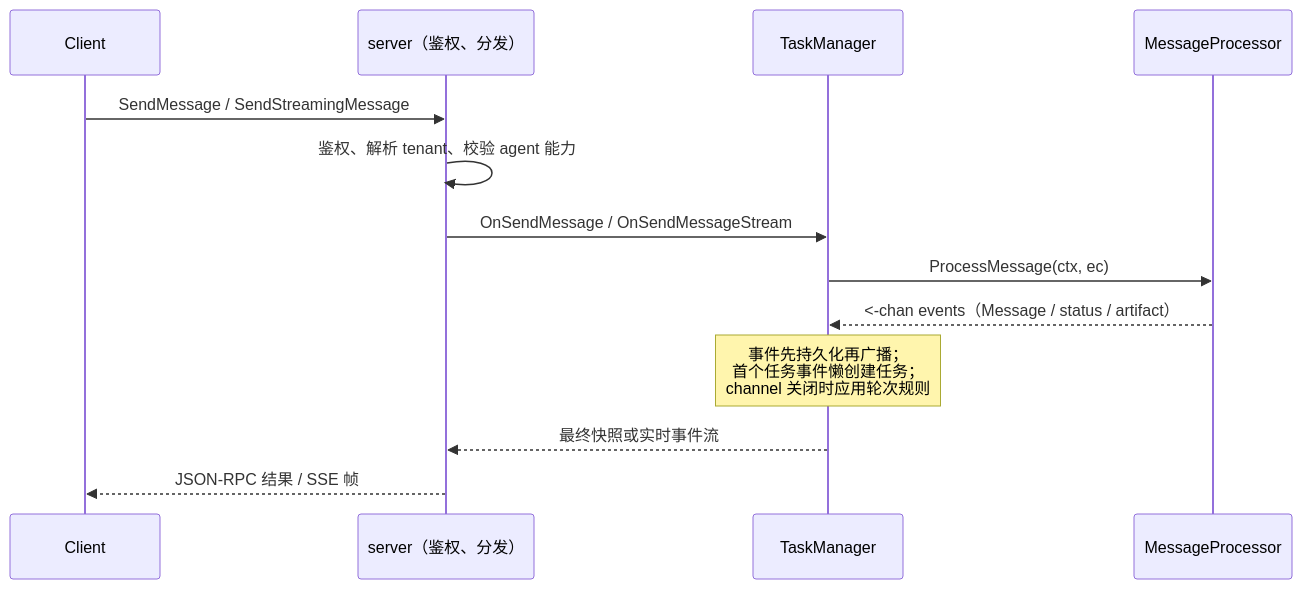
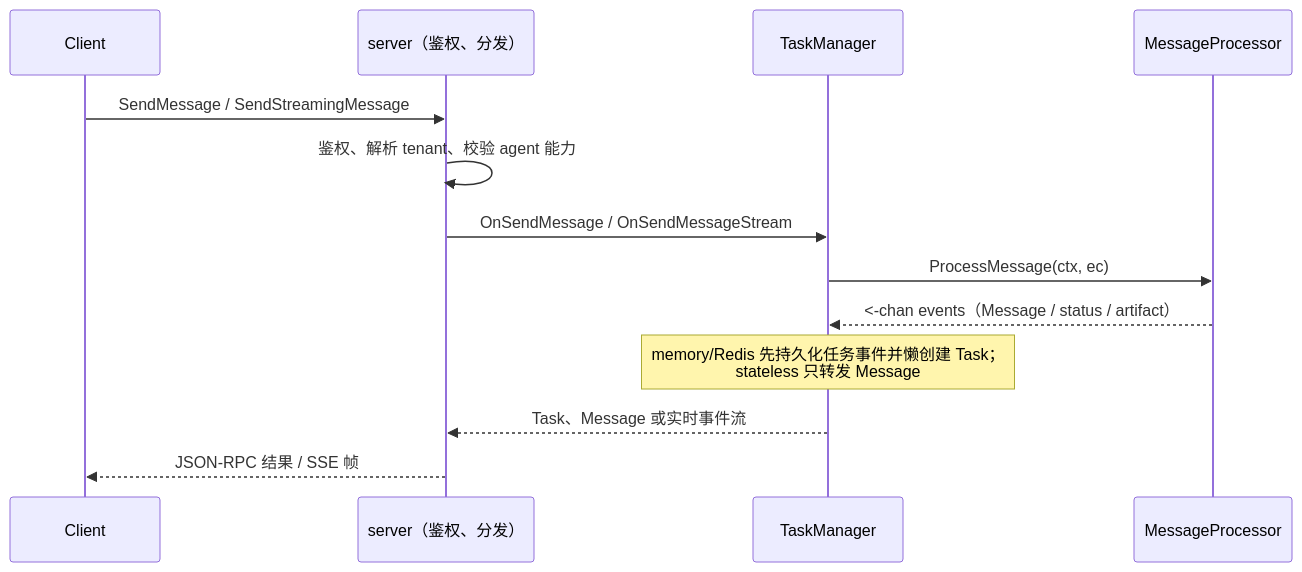
Before and after one commit to trpc-group/trpc-a2a-go: the second of 2 diagrams in docs/mkdocs/zh/overview.md, drawn with Mermaid. The commit also changed other lines of this file and 7 other files, not shown here.

Commit message:
taskmanager/stateless: add message-only task manager

````diff
--- a/docs/mkdocs/zh/overview.md
+++ b/docs/mkdocs/zh/overview.md
@@ -73,16 +74,16 @@
 ```mermaid
 sequenceDiagram
     participant Client
     participant Server as server（鉴权、分发）
     participant TM as TaskManager
     participant P as MessageProcessor
 
     Client->>Server: SendMessage / SendStreamingMessage
     Server->>Server: 鉴权、解析 tenant、校验 agent 能力
     Server->>TM: OnSendMessage / OnSendMessageStream
     TM->>P: ProcessMessage(ctx, ec)
     P-->>TM: <-chan events（Message / status / artifact）
-    Note over TM: 事件先持久化再广播；<br/>首个任务事件懒创建任务；<br/>channel 关闭时应用轮次规则
-    TM-->>Server: 最终快照或实时事件流
+    Note over TM: memory/Redis 先持久化任务事件并懒创建 Task；<br/>stateless 只转发 Message
+    TM-->>Server: Task、Message 或实时事件流
     Server-->>Client: JSON-RPC 结果 / SSE 帧
 ```
````
